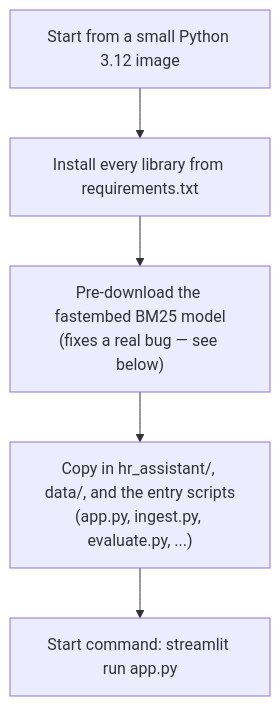
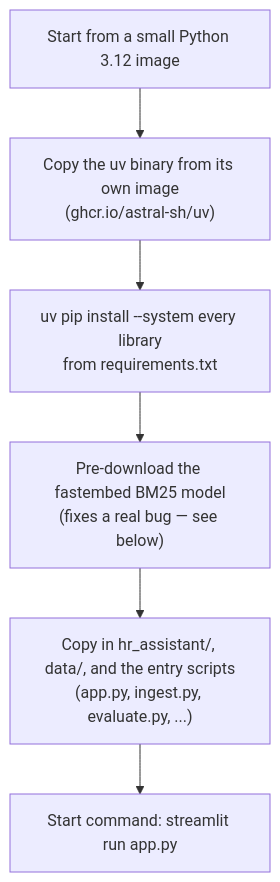
One commit to d-hackmt/HR-RAG-WITH-GCP changed the diagram in docs/12-containerization-and-cloud-run.md. Above: the diagram before and after it, drawn with Mermaid. The commit also changed other lines of this file and 17 other files, not shown here.

````diff
--- a/docs/12-containerization-and-cloud-run.md
+++ b/docs/12-containerization-and-cloud-run.md
@@ -12,7 +12,8 @@
 ```mermaid
 flowchart TD
-    A["Start from a small Python 3.12 image"] --> B["Install every library from requirements.txt"]
+    A["Start from a small Python 3.12 image"] --> A2["Copy the uv binary from its own image<br/>(ghcr.io/astral-sh/uv)"]
+    A2 --> B["uv pip install --system every library<br/>from requirements.txt"]
     B --> C["Pre-download the fastembed BM25 model<br/>(fixes a real bug — see below)"]
     C --> D["Copy in hr_assistant/, data/, and the entry scripts<br/>(app.py, ingest.py, evaluate.py, ...)"]
     D --> E["Start command: streamlit run app.py"]
 ```
````
